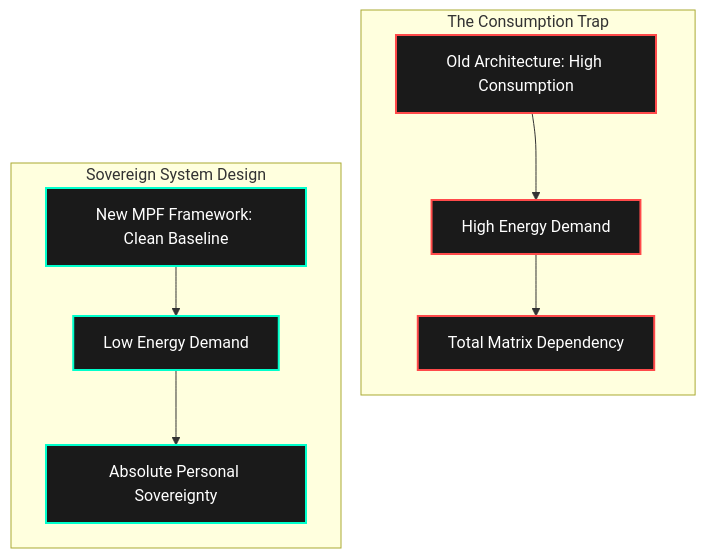
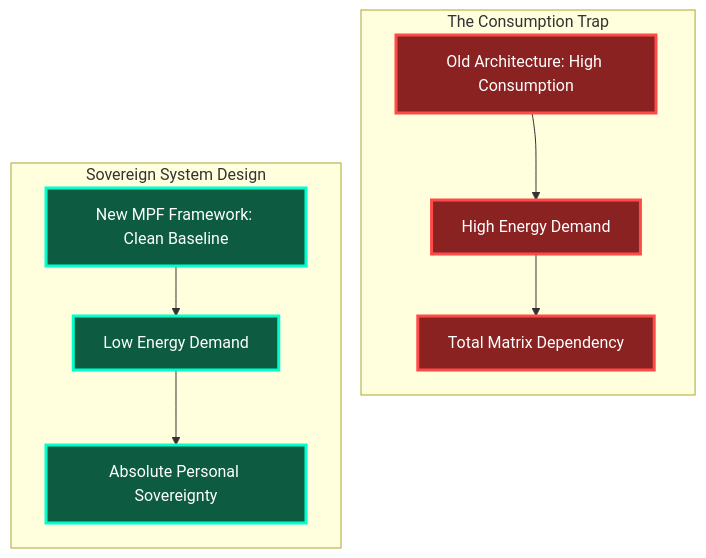
The diagram in src/content/pages/about.md (kafechew/ilearn), drawn with Mermaid before and after one commit. The commit also changed 3 other files, not shown here.

Commit message:
improve mermaid color

````diff
--- a/src/content/pages/about.md
+++ b/src/content/pages/about.md
@@ -32,25 +32,25 @@
 ```mermaid
 graph TD
     %% Styling Configuration
-    classDef oldArch fill:#1a1a1a,stroke:#ff4a4a,stroke-width:2px,color:#fff;
-    classDef newArch fill:#1a1a1a,stroke:#00ffcc,stroke-width:2px,color:#fff;
+    classDef oldArch fill:#8b2222,stroke:#ff4a4a,stroke-width:3px,color:#ffffff;
+    classDef newArch fill:#0d5c42,stroke:#00ffcc,stroke-width:3px,color:#ffffff;
     
     %% Force columns side-by-side by horizontally linking the heads invisibly
     A ~~~ D
 
     %% Column 1: Vertical Flow
     subgraph The Consumption Trap
         A[Old Architecture: High Consumption] --> B[High Energy Demand]
         B --> C[Total Matrix Dependency]
     end
 
     %% Column 2: Vertical Flow
     subgraph Sovereign System Design
         D[New MPF Framework: Clean Baseline] --> E[Low Energy Demand]
         E --> F[Absolute Personal Sovereignty]
     end
 
     %% Apply Styles
     class A,B,C oldArch;
     class D,E,F newArch;
 ```
````
